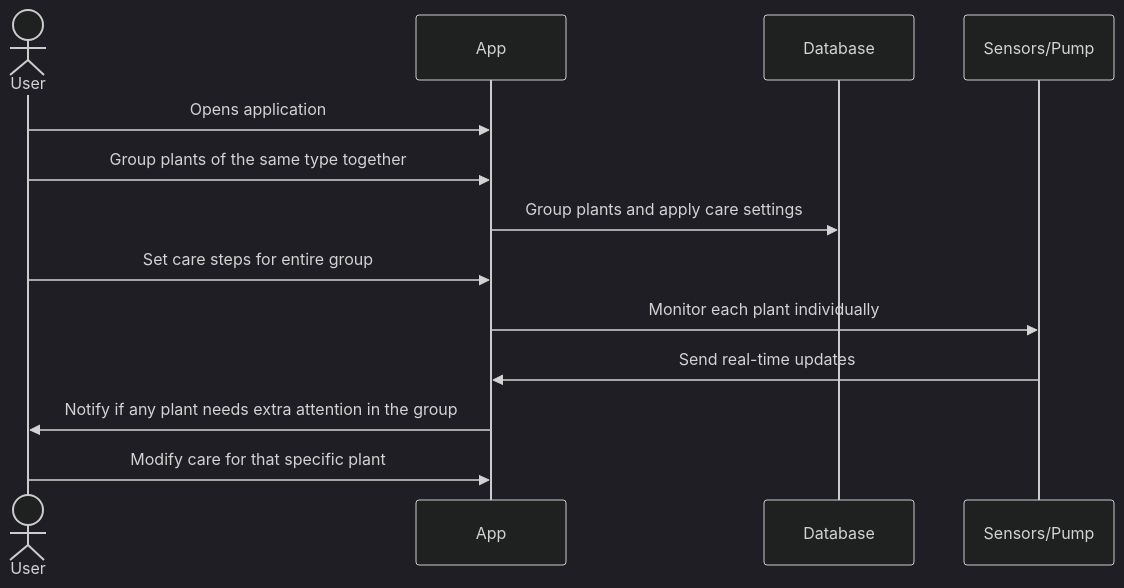
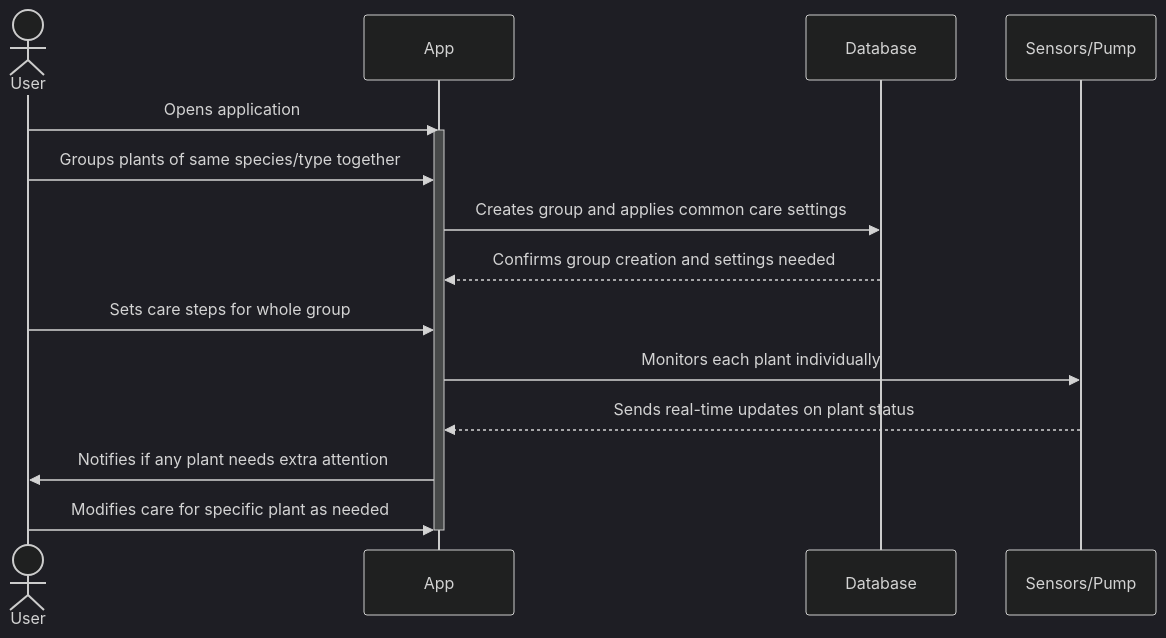
Before and after one commit to capstone-projects-2024-fall/project-automated-plant-caregiver: the sixth of 7 diagrams in documentation/docs/system-architecture/sequenceDiagram.md, drawn with Mermaid (dark theme). The commit also changed other lines of this file, not shown here.

````diff
--- a/documentation/docs/system-architecture/sequenceDiagram.md
+++ b/documentation/docs/system-architecture/sequenceDiagram.md
@@ -189,12 +192,15 @@
 ```mermaid
 sequenceDiagram
     actor User
     User ->> App: Opens application
-    User ->> App: Group plants of the same type together
-    App ->> Database: Group plants and apply care settings
-    User ->> App: Set care steps for entire group
-    App ->> Sensors/Pump: Monitor each plant individually
-    Sensors/Pump ->> App: Send real-time updates
-    App ->> User: Notify if any plant needs extra attention in the group
-    User ->> App: Modify care for that specific plant
+    activate App
+    User ->> App: Groups plants of same species/type together
+    App ->> Database: Creates group and applies common care settings
+    Database -->> App: Confirms group creation and settings needed
+    User ->> App: Sets care steps for whole group
+    App ->> Sensors/Pump: Monitors each plant individually
+    Sensors/Pump -->> App: Sends real-time updates on plant status
+    App ->> User: Notifies if any plant needs extra attention
+    User ->> App: Modifies care for specific plant as needed
+    deactivate App
 ```
````
